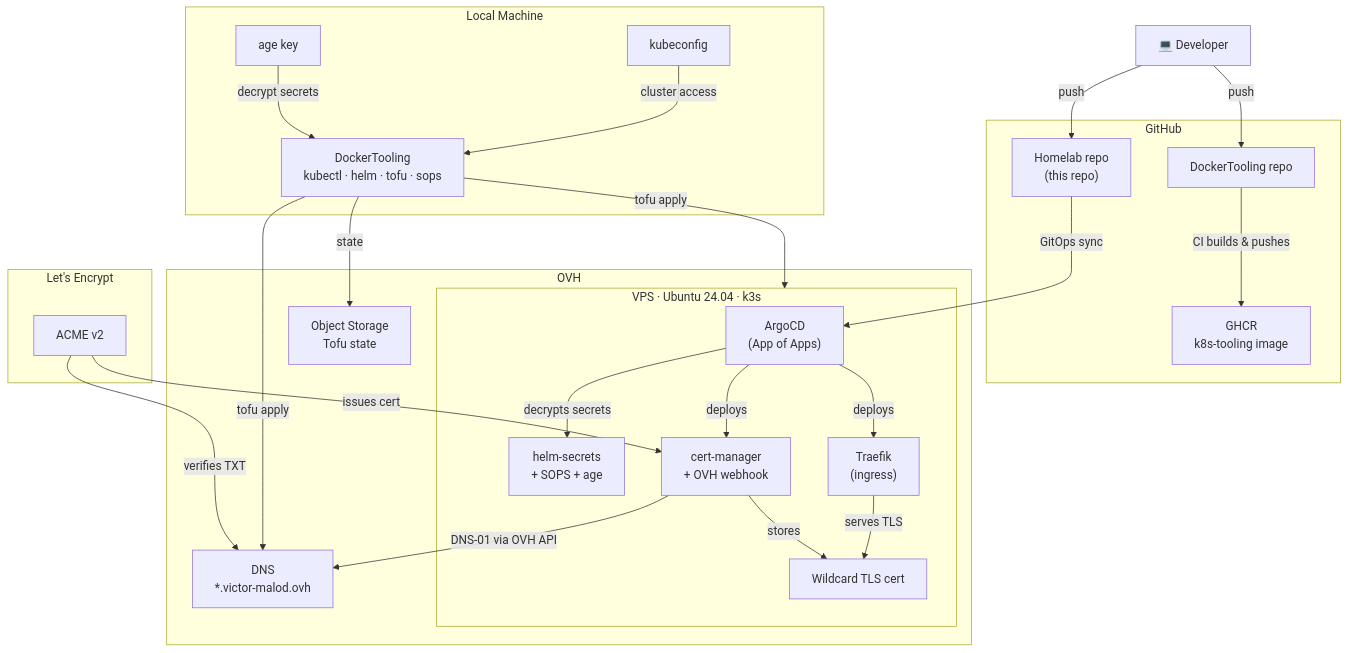
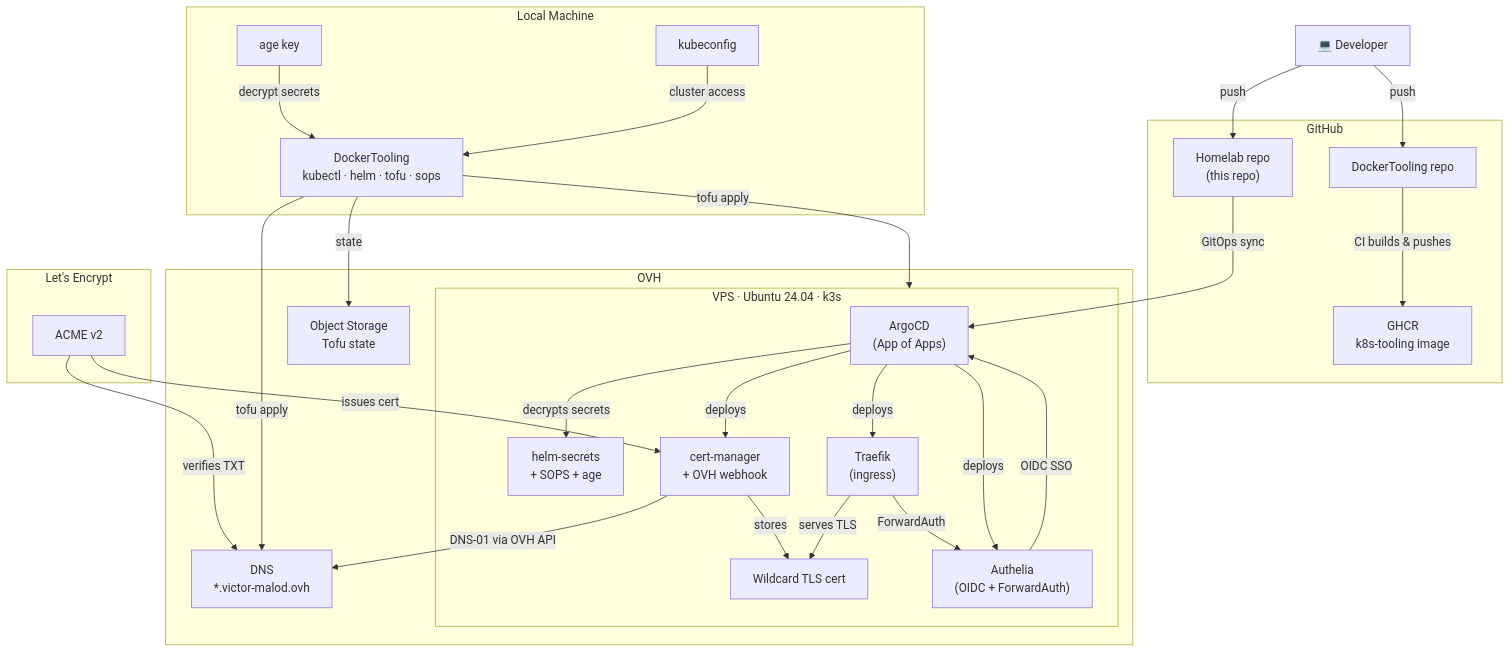
One commit to VictorMalodPortfolio/Homelab changed the diagram in README.md. Above: the diagram before and after it, drawn with Mermaid. The commit also changed other lines of this file, not shown here.

First line of the commit message:
docs: update README with Authelia MFA architecture

````diff
--- a/README.md
+++ b/README.md
@@ -17,51 +18,55 @@
 ```mermaid
 graph TD
     dev["💻 Developer"]
 
     subgraph local["Local Machine"]
         tooling["DockerTooling\nkubectl · helm · tofu · sops"]
         age["age key"]
         kubeconfig["kubeconfig"]
     end
 
     subgraph github["GitHub"]
         homelab_repo["Homelab repo\n(this repo)"]
         docker_repo["DockerTooling repo"]
         ghcr["GHCR\nk8s-tooling image"]
     end
 
     subgraph ovh["OVH"]
         dns["DNS\n*.victor-malod.ovh"]
         s3["Object Storage\nTofu state"]
 
         subgraph vps["VPS · Ubuntu 24.04 · k3s"]
             argocd["ArgoCD\n(App of Apps)"]
             helm_secrets["helm-secrets\n+ SOPS + age"]
             cert_manager["cert-manager\n+ OVH webhook"]
             traefik["Traefik\n(ingress)"]
             tls_secret["Wildcard TLS cert"]
+            authelia["Authelia\n(OIDC + ForwardAuth)"]
         end
     end
 
     subgraph letsencrypt["Let's Encrypt"]
         acme["ACME v2"]
     end
 
     dev -->|"push"| homelab_repo
     dev -->|"push"| docker_repo
     docker_repo -->|"CI builds & pushes"| ghcr
     age -->|"decrypt secrets"| tooling
     kubeconfig -->|"cluster access"| tooling
     tooling -->|"tofu apply"| vps
     tooling -->|"tofu apply"| dns
     tooling -->|"state"| s3
     homelab_repo -->|"GitOps sync"| argocd
     argocd -->|"decrypts secrets"| helm_secrets
     argocd -->|"deploys"| cert_manager
     argocd -->|"deploys"| traefik
+    argocd -->|"deploys"| authelia
     cert_manager -->|"DNS-01 via OVH API"| dns
     acme -->|"verifies TXT"| dns
     acme -->|"issues cert"| cert_manager
     cert_manager -->|"stores"| tls_secret
     traefik -->|"serves TLS"| tls_secret
+    authelia -->|"OIDC SSO"| argocd
+    traefik -->|"ForwardAuth"| authelia
 ```
````
